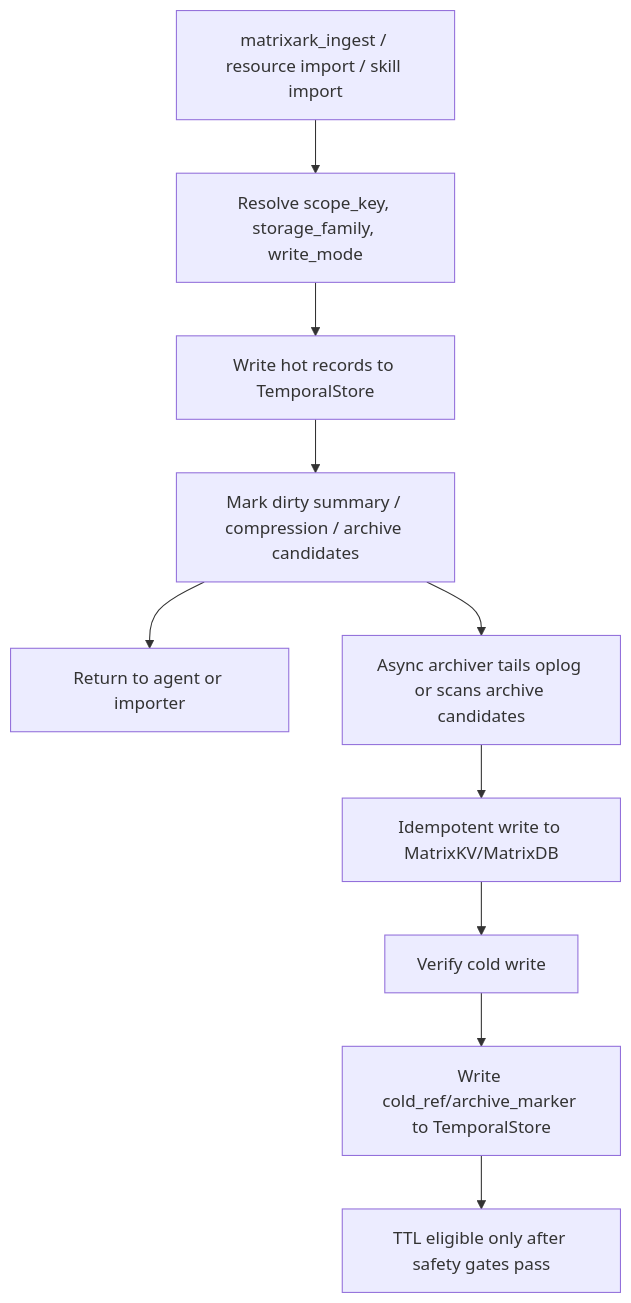
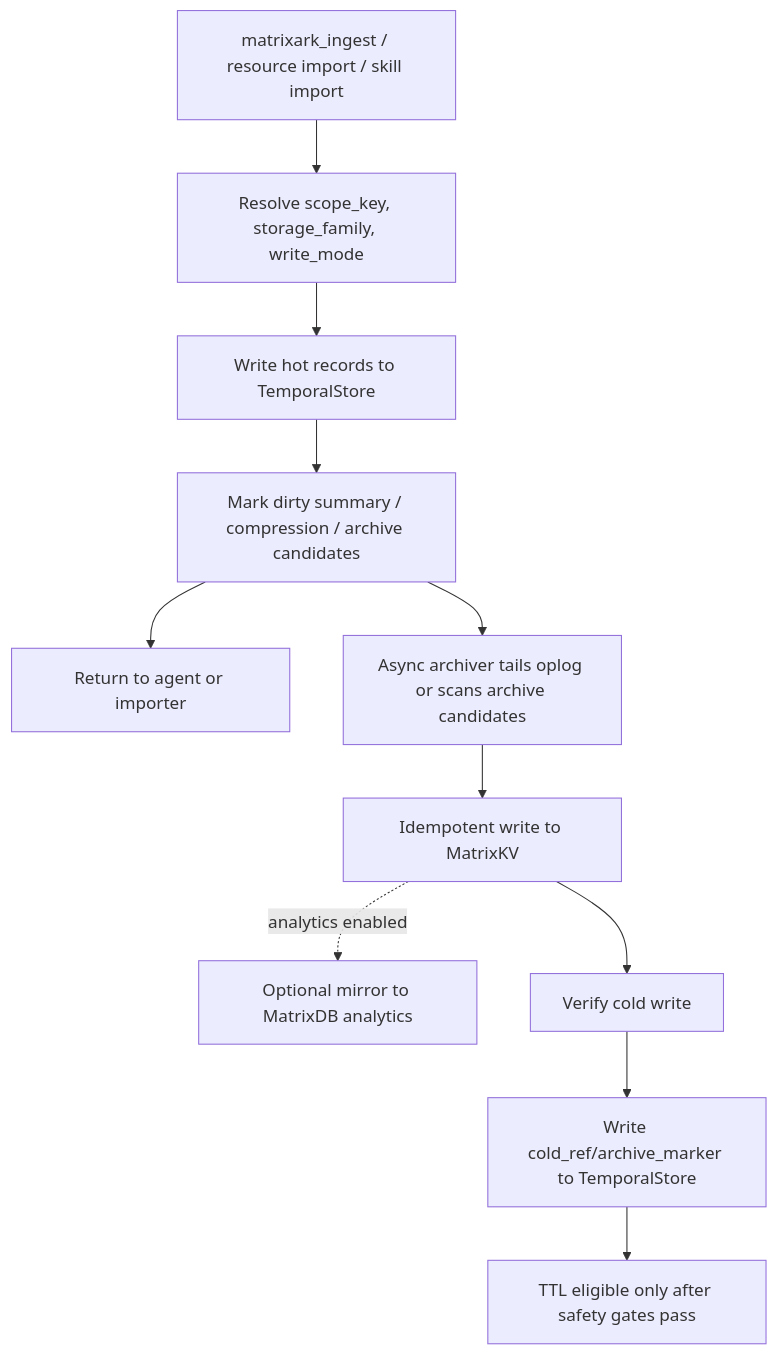
One commit to matrixarkai/TemporalStore changed the fourth of 6 diagrams in docs/matrixark_temporalstore_cold_archive_matrixdb_matrixkv.md. Above: the diagram before and after it, drawn with Mermaid. The commit also changed other lines of this file and 2 other files, not shown here.

Commit message:
Clarify MatrixKV cold archive role

````diff
--- a/docs/matrixark_temporalstore_cold_archive_matrixdb_matrixkv.md
+++ b/docs/matrixark_temporalstore_cold_archive_matrixdb_matrixkv.md
@@ -442,16 +449,18 @@
 ```mermaid
 flowchart TD
   A["matrixark_ingest / resource import / skill import"]
   B["Resolve scope_key, storage_family, write_mode"]
   C["Write hot records to TemporalStore"]
   D["Mark dirty summary / compression / archive candidates"]
   E["Return to agent or importer"]
   F["Async archiver tails oplog or scans archive candidates"]
-  G["Idempotent write to MatrixKV/MatrixDB"]
+  G["Idempotent write to MatrixKV"]
+  K["Optional mirror to MatrixDB analytics"]
   H["Verify cold write"]
   I["Write cold_ref/archive_marker to TemporalStore"]
   J["TTL eligible only after safety gates pass"]
 
   A --> B --> C --> D --> E
   D --> F --> G --> H --> I --> J
+  G -. "analytics enabled" .-> K
 ```
````
